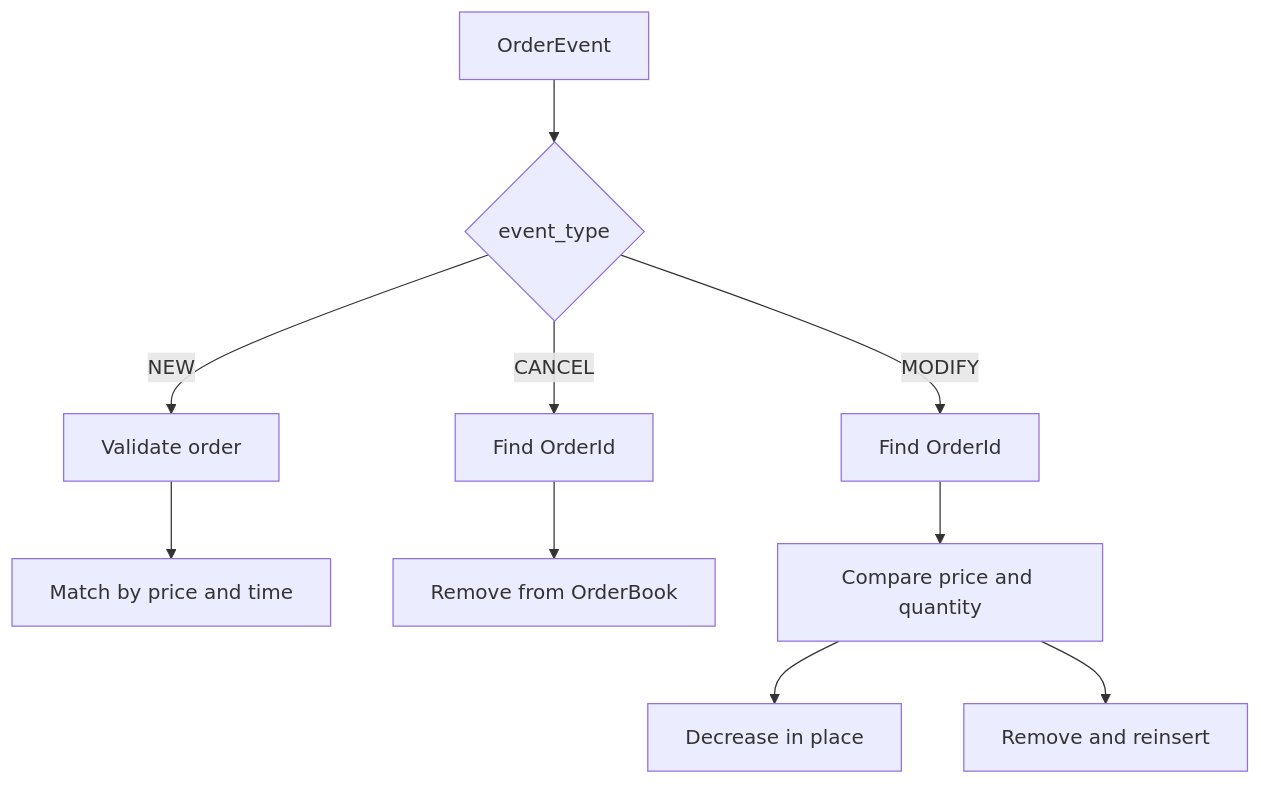
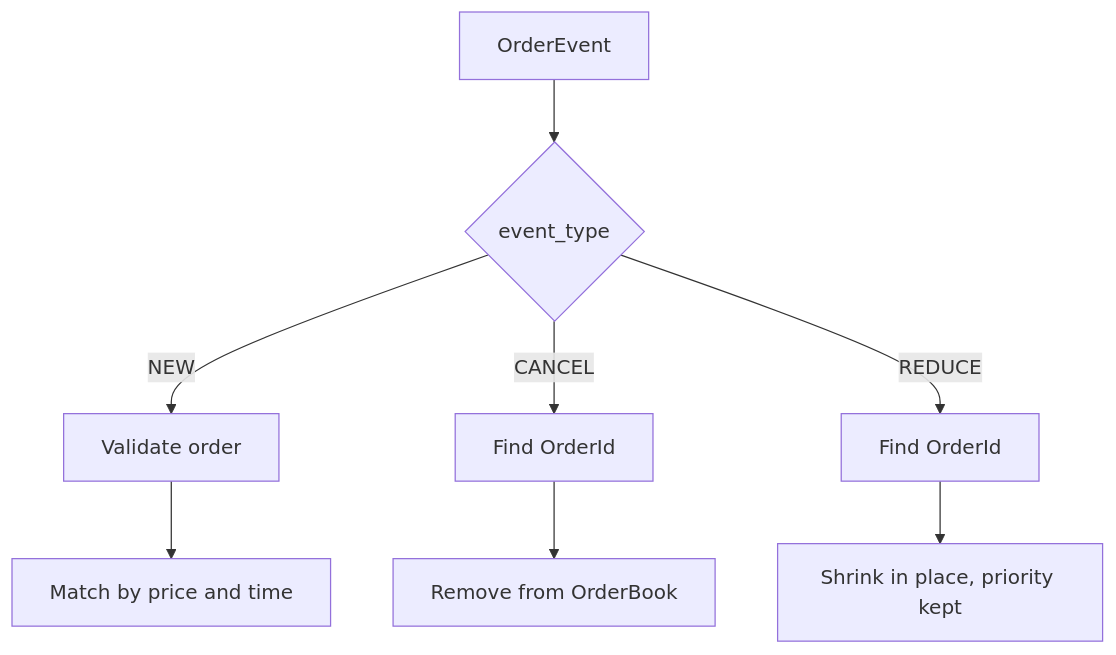
One commit to EBOD13/leka changed the second of 4 diagrams in README.md. Above: the diagram before and after it, drawn with Mermaid. The commit also changed other lines of this file and 545 other files, not shown here.

````diff
--- a/README.md
+++ b/README.md
@@ -53,12 +59,10 @@
 ```mermaid
 flowchart TB
 	Event[OrderEvent] --> Type{event_type}
 	Type -->|NEW| New[Validate order]
 	Type -->|CANCEL| Cancel[Find OrderId]
-	Type -->|MODIFY| Modify[Find OrderId]
+	Type -->|REDUCE| Reduce[Find OrderId]
 	New --> Match[Match by price and time]
 	Cancel --> Remove[Remove from OrderBook]
-	Modify --> Compare[Compare price and quantity]
-	Compare --> Keep[Decrease in place]
-	Compare --> Requeue[Remove and reinsert]
+	Reduce --> Keep[Shrink in place, priority kept]
 ```
````
